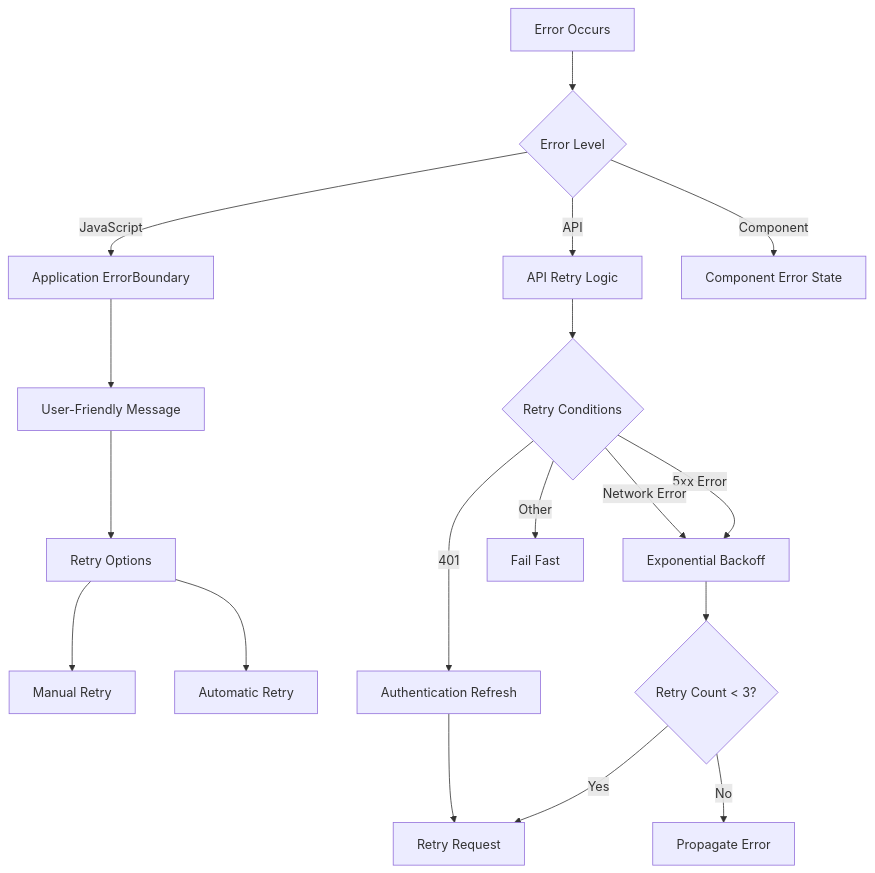
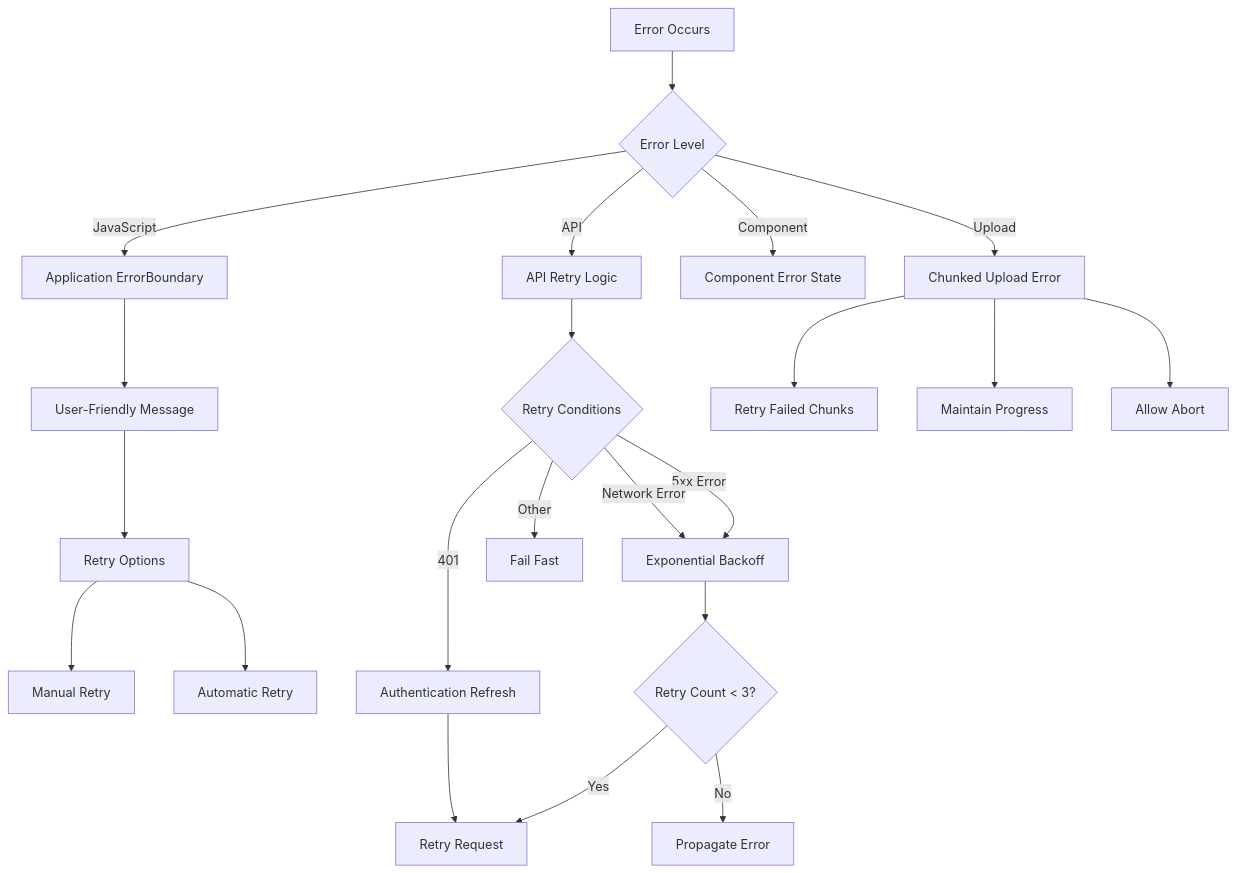
Diagram 22 of 22 in .qoder/repowiki/en/content/Frontend Architecture/Frontend Architecture.md (Revanththetalogics/aireume), drawn with Mermaid before and after one commit. The commit also changed other lines of this file and 20 other files, not shown here.

````diff
--- a/.qoder/repowiki/en/content/Frontend Architecture/Frontend Architecture.md
+++ b/.qoder/repowiki/en/content/Frontend Architecture/Frontend Architecture.md
@@ -578,20 +863,24 @@
 ```mermaid
 flowchart TD
 Error["Error Occurs"] --> Level{"Error Level"}
 Level --> |JavaScript| AppBoundary["Application ErrorBoundary"]
 Level --> |API| ApiRetry["API Retry Logic"]
 Level --> |Component| ComponentError["Component Error State"]
+Level --> |Upload| UploadError["Chunked Upload Error"]
 AppBoundary --> UserMsg["User-Friendly Message"]
 UserMsg --> Retry["Retry Options"]
 Retry --> Manual["Manual Retry"]
 Retry --> Auto["Automatic Retry"]
 ApiRetry --> Check{"Retry Conditions"}
 Check --> |5xx Error| Backoff["Exponential Backoff"]
 Check --> |Network Error| Backoff
 Check --> |401| AuthRefresh["Authentication Refresh"]
 Check --> |Other| FailFast["Fail Fast"]
 Backoff --> Limit{"Retry Count < 3?"}
 Limit --> |Yes| RetryRequest["Retry Request"]
 Limit --> |No| Fail["Propagate Error"]
 AuthRefresh --> RetryRequest
+UploadError --> ChunkRetry["Retry Failed Chunks"]
+UploadError --> Progress["Maintain Progress"]
+UploadError --> Abort["Allow Abort"]
 ```
````
